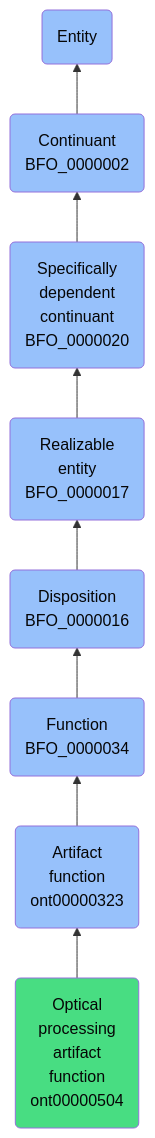
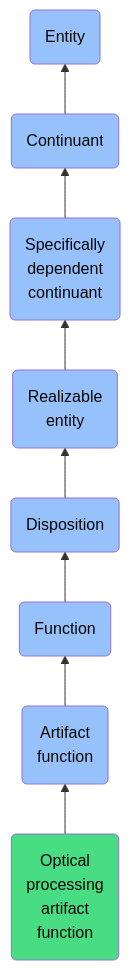
One commit to jupyter-naas/abi changed the diagram in docs/ontology/reference/model/Entity/Continuant/Specifically dependent continuant/Realizable entity/Disposition/Function/Artifact function/Optical processing artifact function/Optical processing artifact function.md. Above: the diagram before and after it, drawn with Mermaid. The commit also changed other lines of this file and 1430 other files, not shown here.

````diff
--- a/docs/ontology/reference/model/Entity/Continuant/Specifically dependent continuant/Realizable entity/Disposition/Function/Artifact function/Optical processing artifact function/Optical processing artifact function.md
+++ b/docs/ontology/reference/model/Entity/Continuant/Specifically dependent continuant/Realizable entity/Disposition/Function/Artifact function/Optical processing artifact function/Optical processing artifact function.md
@@ -24,15 +24,15 @@
 ```mermaid
 graph BT
-    ont00000504(Optical<br>processing<br>artifact<br>function<br>ont00000504):::ABI-->ont00000323
-    ont00000323(Artifact<br>function<br>ont00000323):::BFO-->BFO_0000034
-    BFO_0000034(Function<br>BFO_0000034):::BFO-->BFO_0000016
-    BFO_0000016(Disposition<br>BFO_0000016):::BFO-->BFO_0000017
-    BFO_0000017(Realizable<br>entity<br>BFO_0000017):::BFO-->BFO_0000020
-    BFO_0000020(Specifically<br>dependent<br>continuant<br>BFO_0000020):::BFO-->BFO_0000002
-    BFO_0000002(Continuant<br>BFO_0000002):::BFO-->BFO_0000001
+    ont00000504(Optical<br>processing<br>artifact<br>function):::ABI-->ont00000323
+    ont00000323(Artifact<br>function):::BFO-->BFO_0000034
+    BFO_0000034(Function):::BFO-->BFO_0000016
+    BFO_0000016(Disposition):::BFO-->BFO_0000017
+    BFO_0000017(Realizable<br>entity):::BFO-->BFO_0000020
+    BFO_0000020(Specifically<br>dependent<br>continuant):::BFO-->BFO_0000002
+    BFO_0000002(Continuant):::BFO-->BFO_0000001
     BFO_0000001(Entity):::BFO
     
     classDef BFO fill:#97c1fb,color:#060606
     classDef CCO fill:#e4c51e,color:#060606
     classDef ABI fill:#48DD82,color:#060606
 ```
````
